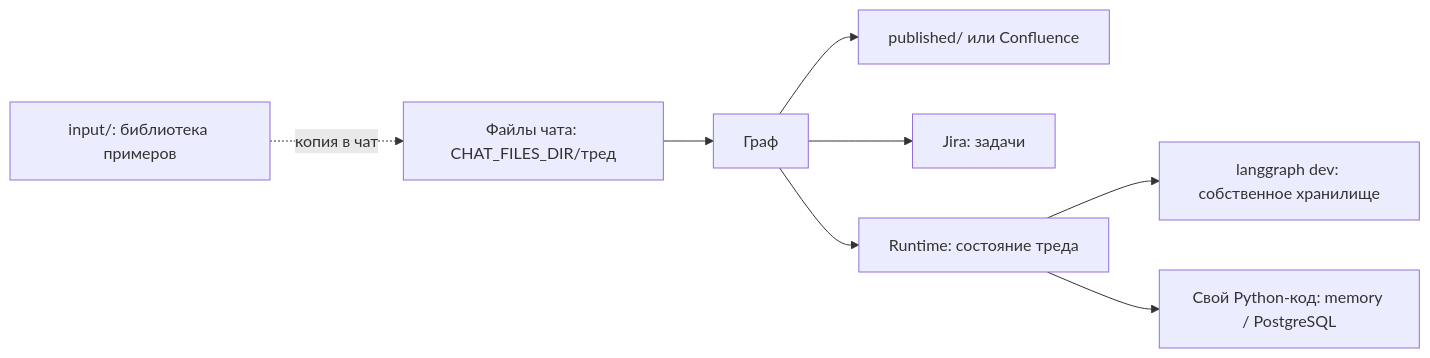
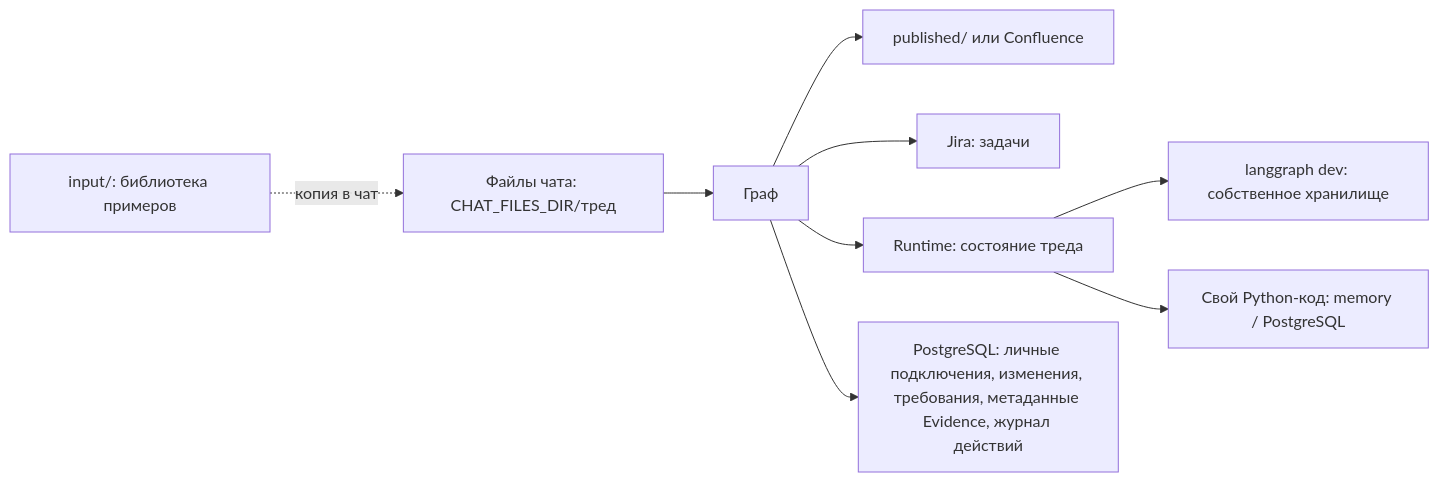
The fourth of 4 diagrams in docs/ARCHITECTURE.md (IST0VE/orbita-agent), drawn with Mermaid before and after one commit. The commit also changed other lines of this file and 59 other files, not shown here.

Commit message:
feat: журнал действий и безопасное согласование изменений

````diff
--- a/docs/ARCHITECTURE.md
+++ b/docs/ARCHITECTURE.md
@@ -118,10 +163,11 @@
 ```mermaid
 flowchart LR
     C["Файлы чата: CHAT_FILES_DIR/тред"] --> G["Граф"]
     I["input/: библиотека примеров"] -. "копия в чат" .-> C
     G --> P["published/ или Confluence"]
     G --> J["Jira: задачи"]
     G --> R["Runtime: состояние треда"]
     R --> D["langgraph dev: собственное хранилище"]
     R --> S["Свой Python-код: memory / PostgreSQL"]
+    G --> Q["PostgreSQL: личные подключения, изменения, требования, метаданные Evidence, журнал действий"]
 ```
````
